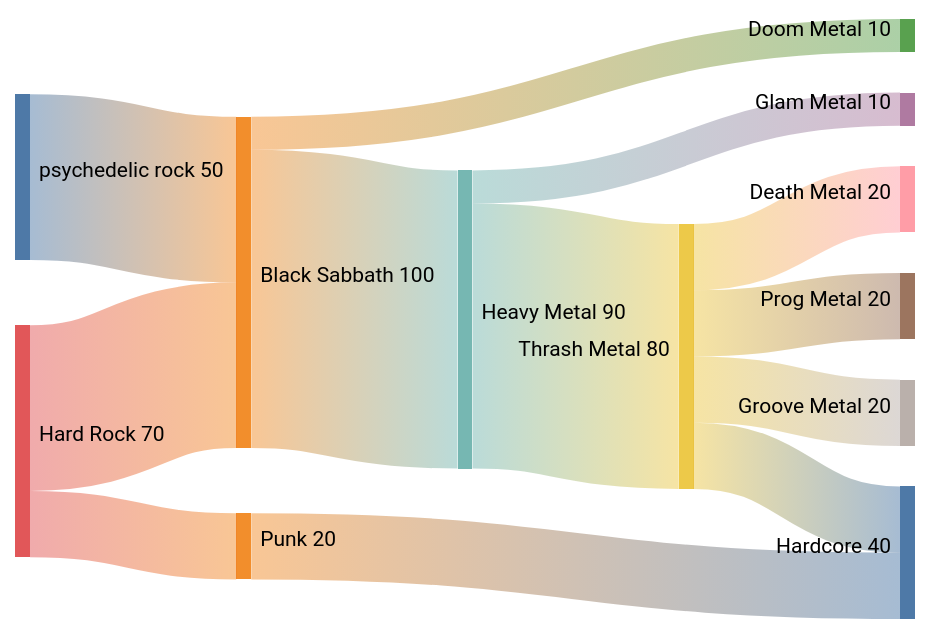
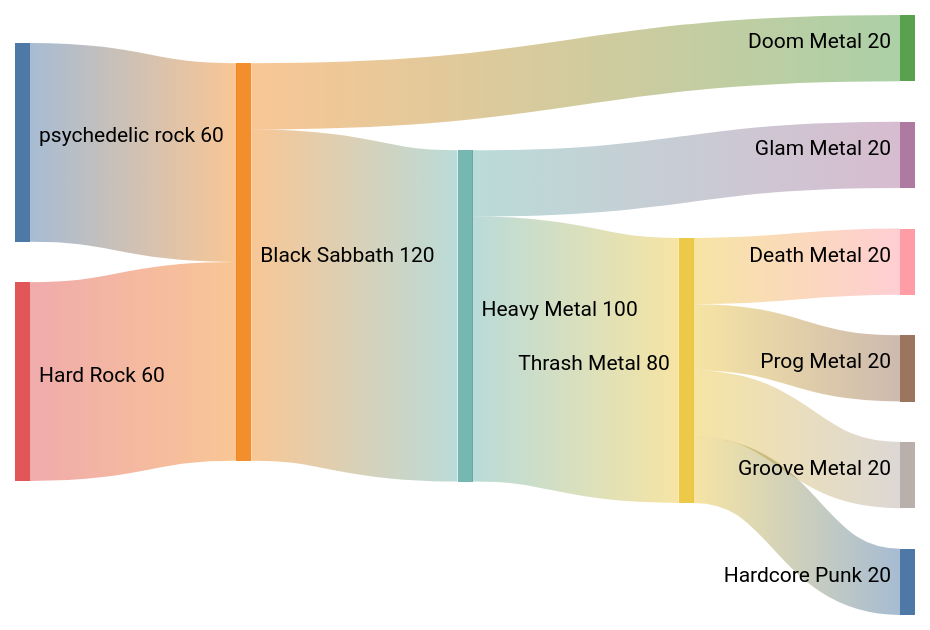
The second of 2 diagrams in README.md (mcnoffsinger/mcnoffsinger.github.io), drawn with Mermaid (neutral theme) before and after one commit.

Commit message:
fixed the metal chart

````diff
--- a/README.md
+++ b/README.md
@@ -58,21 +58,17 @@
 ``` mermaid
 sankey-beta
-psychedelic rock, Black Sabbath,50
-Hard Rock, Black Sabbath,50
+psychedelic rock, Black Sabbath,60
+Hard Rock, Black Sabbath,60
 
-Black Sabbath, Heavy Metal, 90
-Black Sabbath, Doom Metal, 10
+Black Sabbath, Heavy Metal, 100
+Black Sabbath, Doom Metal, 20
 Heavy Metal, Thrash Metal, 80
-Heavy Metal, Glam Metal, 10
+Heavy Metal, Glam Metal, 20
 
 Thrash Metal, Death Metal, 20
 Thrash Metal, Prog Metal, 20
 Thrash Metal, Groove Metal, 20
-Thrash Metal, Hardcore, 20
-
-Hard Rock, Punk, 20
-Punk, Hardcore, 20
-
+Thrash Metal, Hardcore Punk, 20
 
 
 ```
````
